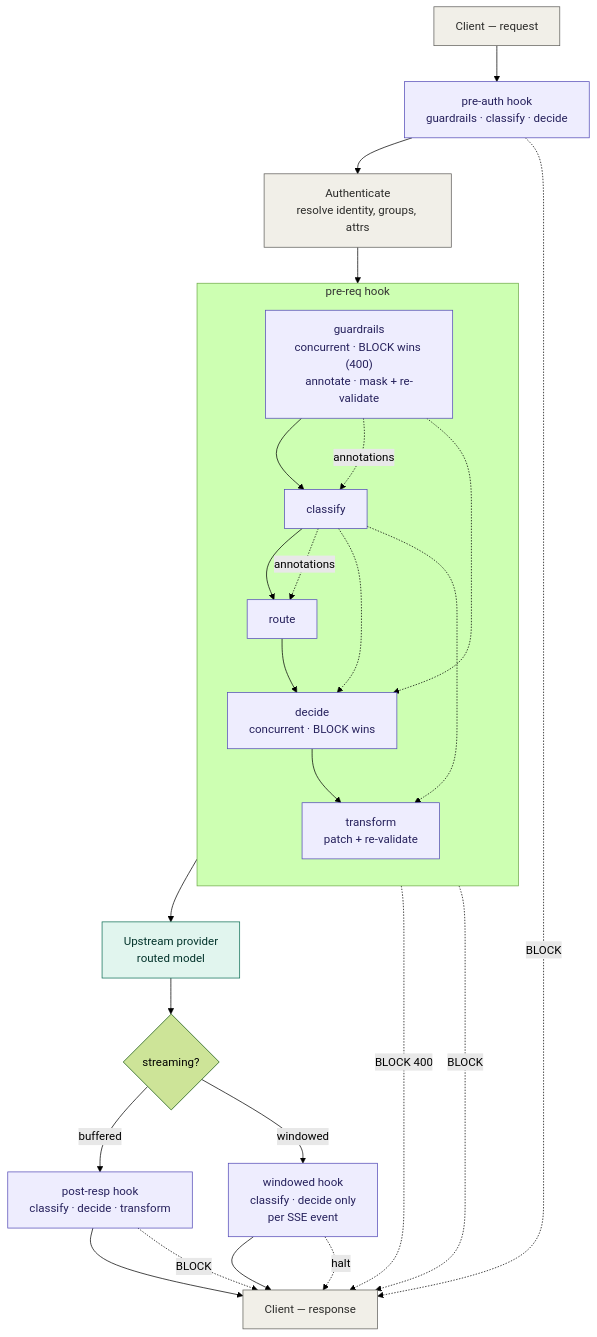
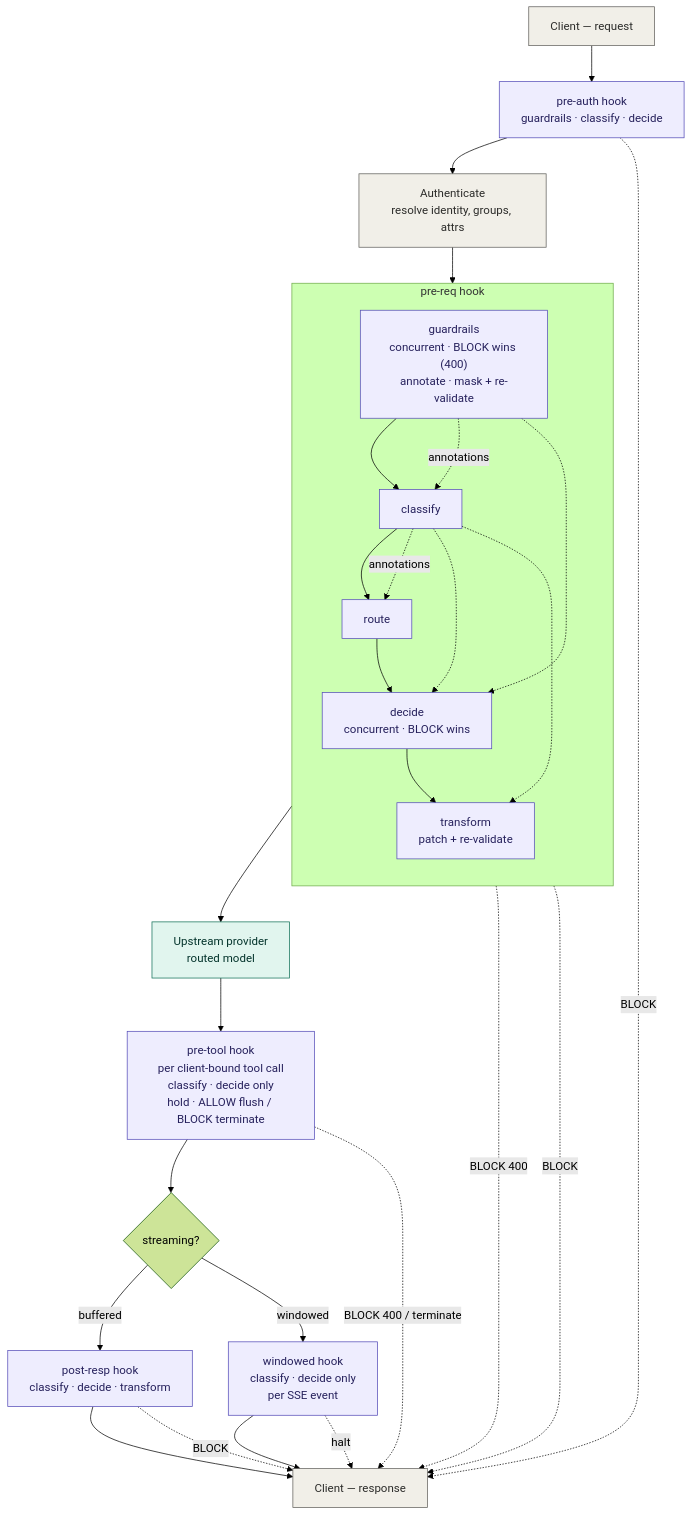
One commit to coder/coder changed the diagram in policy-engine-design.md. Above: the diagram before and after it, drawn with Mermaid (forest theme). The commit also changed other lines of this file and 30 other files, not shown here.

Commit message:
pre_tool

````diff
--- a/policy-engine-design.md
+++ b/policy-engine-design.md
@@ -339,39 +404,41 @@
 ```mermaid
 flowchart TD
   C["Client — request"] --> PA["pre-auth hook<br/>guardrails · classify · decide"]
   PA --> AU["Authenticate<br/>resolve identity, groups, attrs"]
   AU --> GR
 
   subgraph PR["pre-req hook"]
     direction TB
     GR["guardrails<br/>concurrent · BLOCK wins (400)<br/>annotate · mask + re-validate"] --> CL["classify"]
     CL --> RO["route"]
     RO --> DE["decide<br/>concurrent · BLOCK wins"]
     DE --> TR["transform<br/>patch + re-validate"]
   end
 
   TR --> UP["Upstream provider<br/>routed model"]
-  UP --> SW{"streaming?"}
+  UP --> PT["pre-tool hook<br/>per client-bound tool call<br/>classify · decide only<br/>hold · ALLOW flush / BLOCK terminate"]
+  PT --> SW{"streaming?"}
   SW -->|buffered| PB["post-resp hook<br/>classify · decide · transform"]
   SW -->|windowed| PW["windowed hook<br/>classify · decide only<br/>per SSE event"]
   PB --> RC["Client — response"]
   PW --> RC
+  PT -. BLOCK 400 / terminate .-> RC
 
   GR -. annotations .-> CL
   GR -.-> DE
   CL -. annotations .-> RO
   CL -.-> DE
   CL -.-> TR
   PA -. BLOCK .-> RC
   GR -. BLOCK 400 .-> RC
   DE -. BLOCK .-> RC
   PB -. BLOCK .-> RC
   PW -. halt .-> RC
 
   classDef hook fill:#EEEDFE,stroke:#534AB7,color:#26215C;
   classDef step fill:#F1EFE8,stroke:#5F5E5A,color:#2C2C2A;
   classDef prov fill:#E1F5EE,stroke:#0F6E56,color:#04342C;
-  class PA,GR,CL,RO,DE,TR,PB,PW hook;
+  class PA,GR,CL,RO,DE,TR,PT,PB,PW hook;
   class C,AU,RC step;
   class UP prov;
 ```
````
